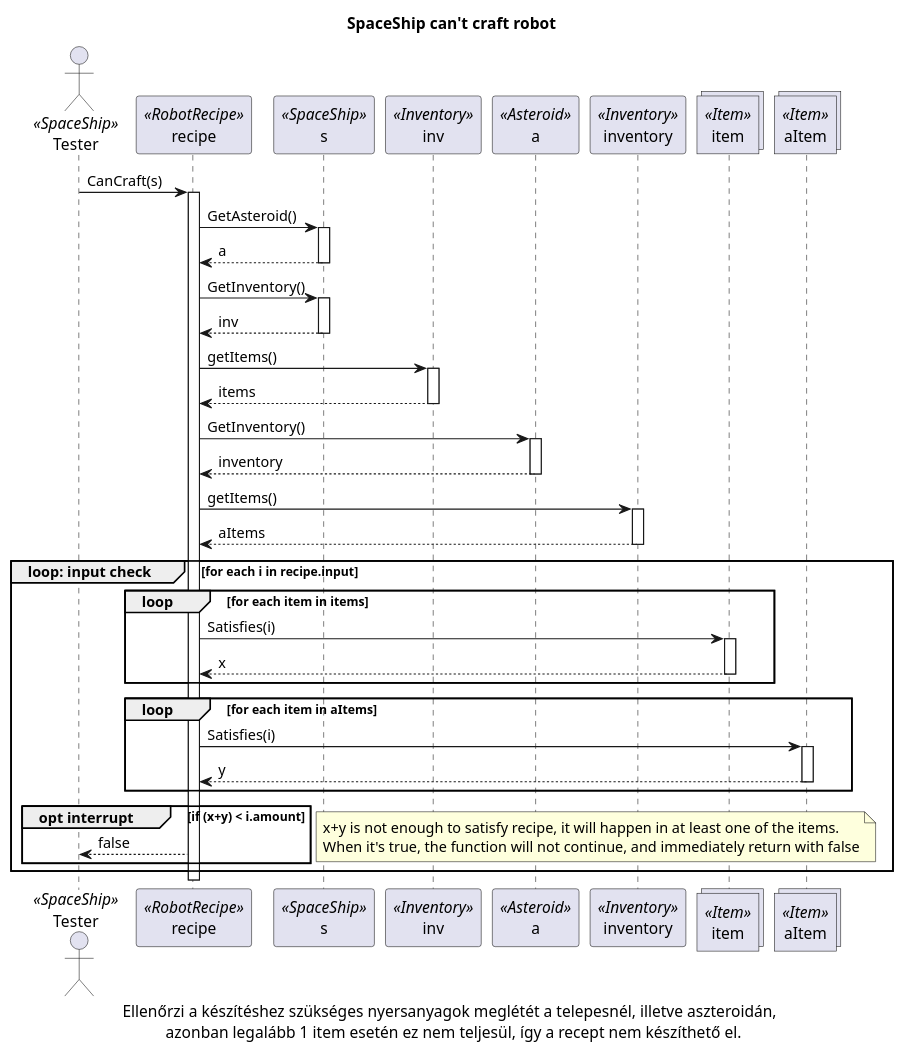
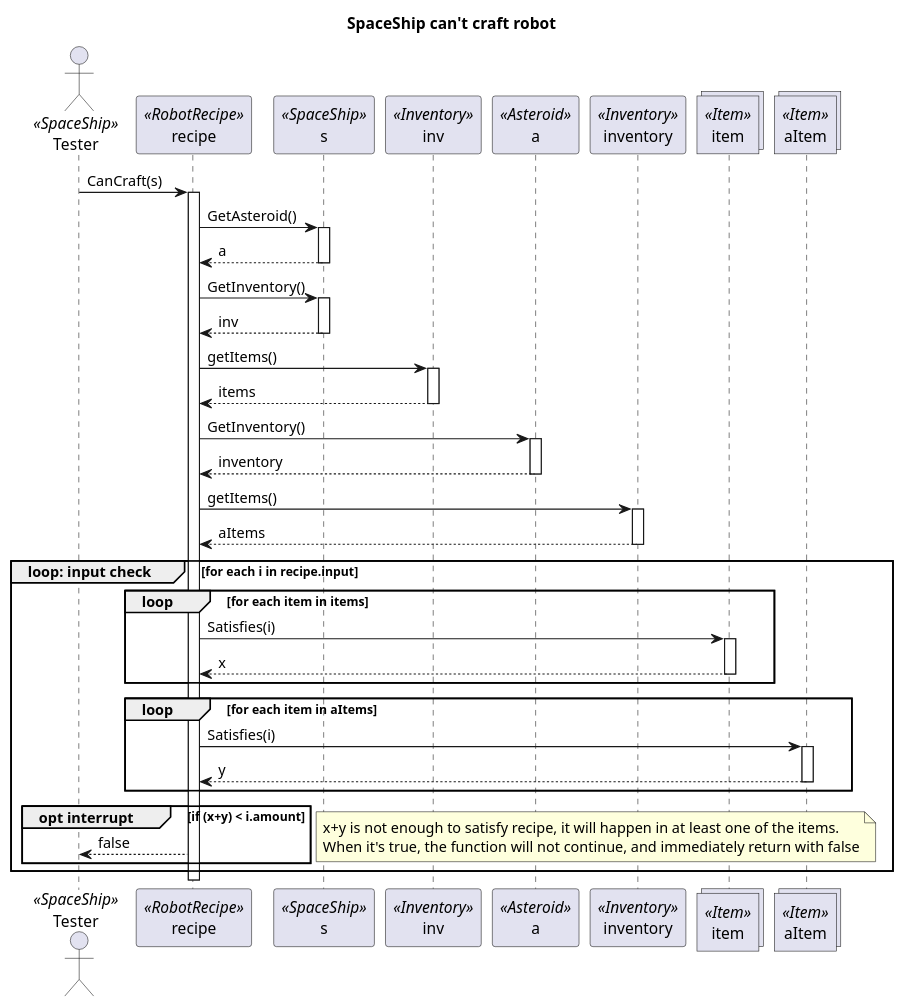
Before and after one commit to viseguard-studios/Documentation: the diagram in docs/Skeleton/diagrams/Craft_robot/sequence/5.Not_possible_to_craft_robot.puml, drawn with PlantUML. The commit also changed 9 other files, not shown here.

Commit message:
uml description

```diff
--- a/docs/Skeleton/diagrams/Craft_robot/sequence/5.Not_possible_to_craft_robot.puml
+++ b/docs/Skeleton/diagrams/Craft_robot/sequence/5.Not_possible_to_craft_robot.puml
@@ -1,54 +1,53 @@
 @startuml
 actor Tester as Tester <<SpaceShip>>
 participant recipe as recipe <<RobotRecipe>>
 participant s as s <<SpaceShip>>
 participant inv as inv <<Inventory>>
 participant a as a <<Asteroid>>
 participant inventory as inventory <<Inventory>>
 collections item as item <<Item>>
 collections aItem as aItem <<Item>>
 
 title SpaceShip can't craft robot
 
 Tester-> recipe++: CanCraft(s)
 recipe -> s++: GetAsteroid()
 
 s --> recipe--: a
 recipe -> s++: GetInventory()
 
 s --> recipe--: inv
 
 recipe -> inv++: getItems()
 inv --> recipe--: items
 
 recipe -> a++: GetInventory()
 a --> recipe--: inventory
 
 recipe -> inventory++: getItems()
 inventory --> recipe--: aItems
 
 group loop: input check[for each i in recipe.input]
 
     group loop [for each item in items]
         recipe -> item++: Satisfies(i)
         item --> recipe--: x
     end
 
     group loop [for each item in aItems]
         recipe -> aItem++: Satisfies(i)
         aItem --> recipe--: y
     end
 
     group opt interrupt [if (x+y) < i.amount]
         recipe --> Tester: false
     end
     note right
     x+y is not enough to satisfy recipe, it will happen in at least one of the items. 
     When it's true, the function will not continue, and immediately return with false
     end note
 end
-
-caption Ellenőrzi a készítéshez szükséges nyersanyagok meglétét a telepesnél, illetve aszteroidán, \n azonban legalább 1 item esetén ez nem teljesül, így a recept nem készíthető el.  
+ 
 
 
 @enduml
```
